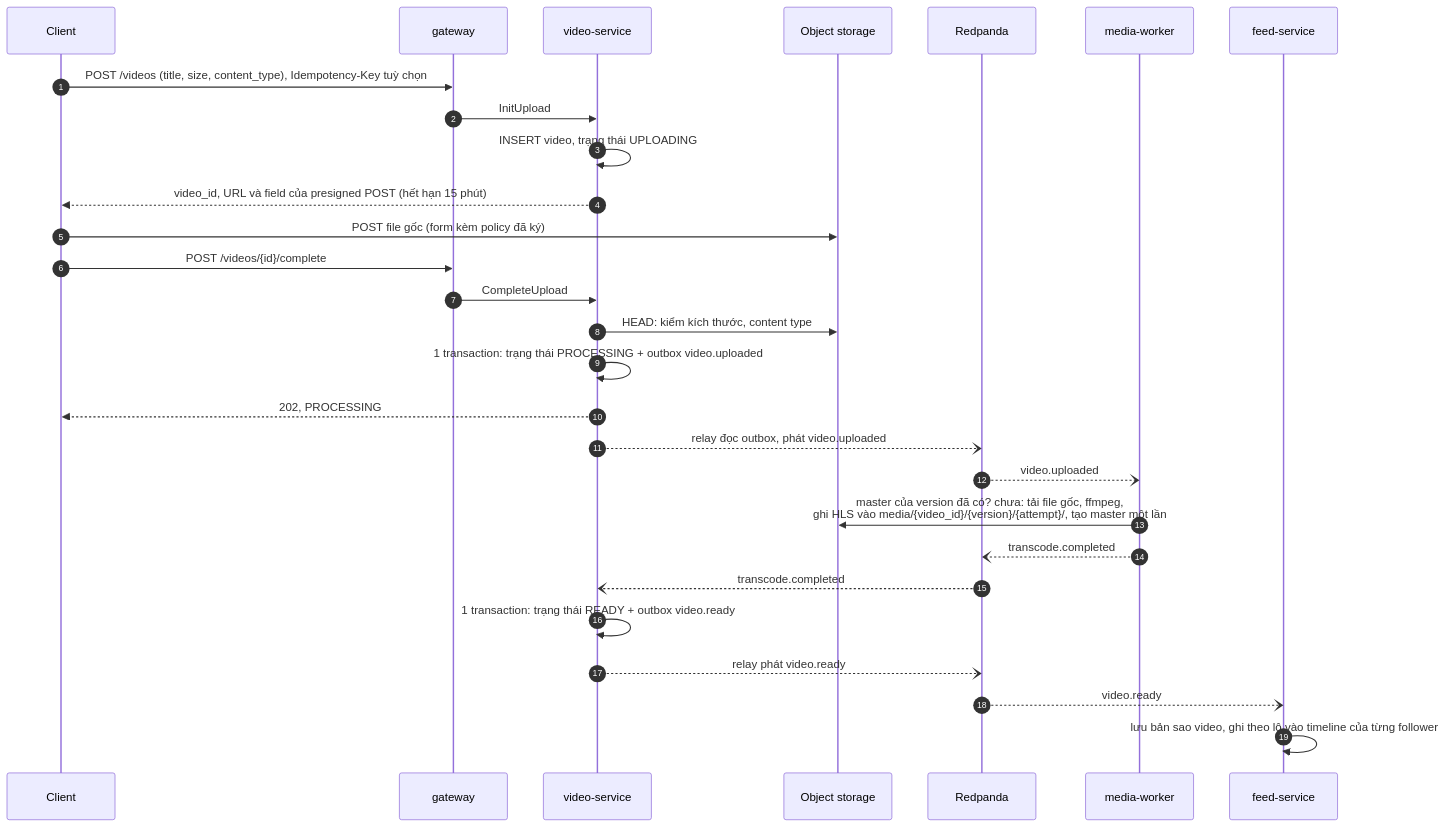
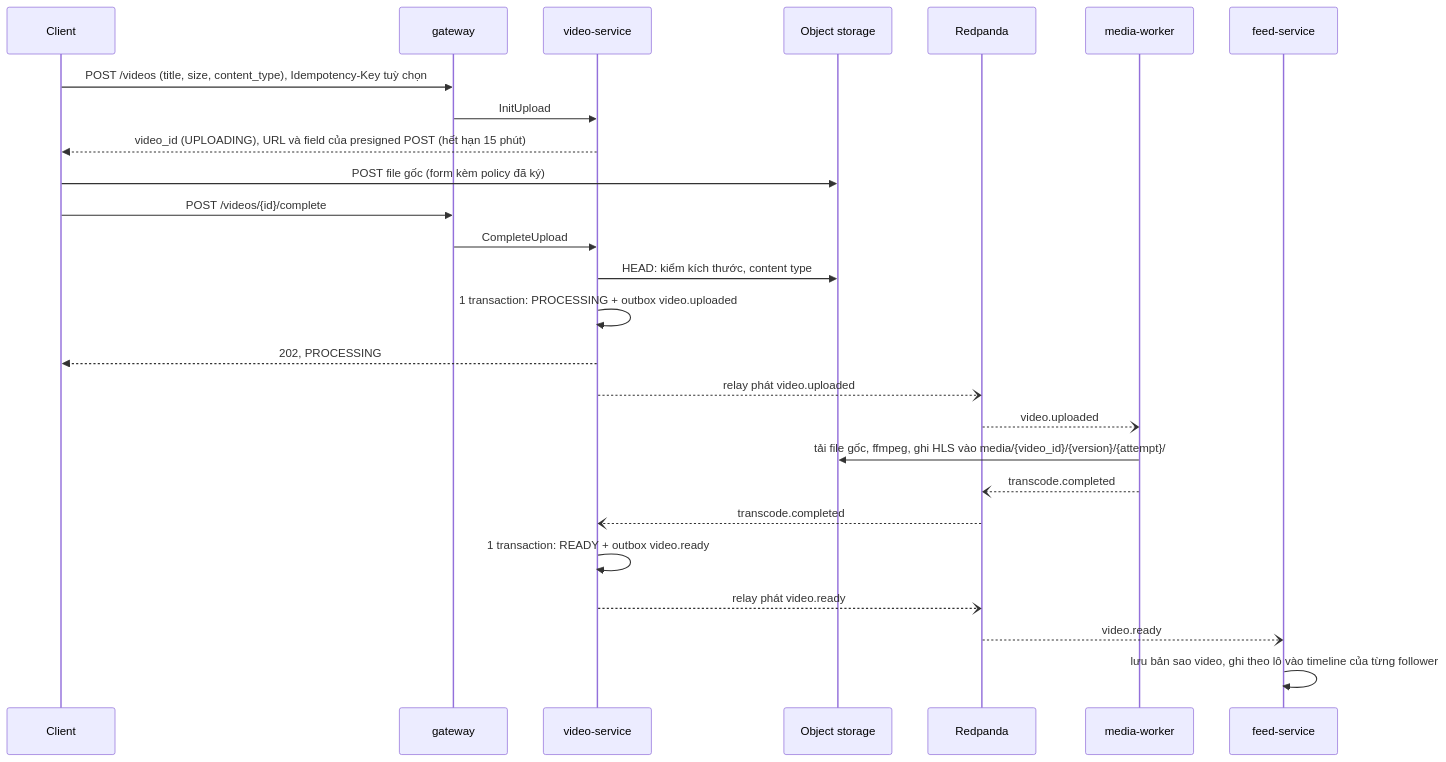
One commit to anhnvcoder/svp-backend changed the third of 4 diagrams in docs/architecture.md. Above: the diagram before and after it, drawn with Mermaid. The commit also changed other lines of this file and 133 other files, not shown here.

````diff
--- a/docs/architecture.md
+++ b/docs/architecture.md
@@ -836,31 +166,29 @@
 ```mermaid
 sequenceDiagram
-    autonumber
     participant C as Client
     participant GW as gateway
     participant VS as video-service
     participant S3 as Object storage
     participant RP as Redpanda
     participant MW as media-worker
     participant FS as feed-service
 
     C->>GW: POST /videos (title, size, content_type), Idempotency-Key tuỳ chọn
     GW->>VS: InitUpload
-    VS->>VS: INSERT video, trạng thái UPLOADING
-    VS-->>C: video_id, URL và field của presigned POST (hết hạn 15 phút)
+    VS-->>C: video_id (UPLOADING), URL và field của presigned POST (hết hạn 15 phút)
     C->>S3: POST file gốc (form kèm policy đã ký)
     C->>GW: POST /videos/{id}/complete
     GW->>VS: CompleteUpload
     VS->>S3: HEAD: kiểm kích thước, content type
-    VS->>VS: 1 transaction: trạng thái PROCESSING + outbox video.uploaded
+    VS->>VS: 1 transaction: PROCESSING + outbox video.uploaded
     VS-->>C: 202, PROCESSING
-    VS--)RP: relay đọc outbox, phát video.uploaded
+    VS--)RP: relay phát video.uploaded
     RP--)MW: video.uploaded
-    MW->>S3: master của version đã có? chưa: tải file gốc, ffmpeg,<br/>ghi HLS vào media/{video_id}/{version}/{attempt}/, tạo master một lần
+    MW->>S3: tải file gốc, ffmpeg, ghi HLS vào media/{video_id}/{version}/{attempt}/
     MW--)RP: transcode.completed
     RP--)VS: transcode.completed
-    VS->>VS: 1 transaction: trạng thái READY + outbox video.ready
+    VS->>VS: 1 transaction: READY + outbox video.ready
     VS--)RP: relay phát video.ready
     RP--)FS: video.ready
     FS->>FS: lưu bản sao video, ghi theo lô vào timeline của từng follower
 ```
````
